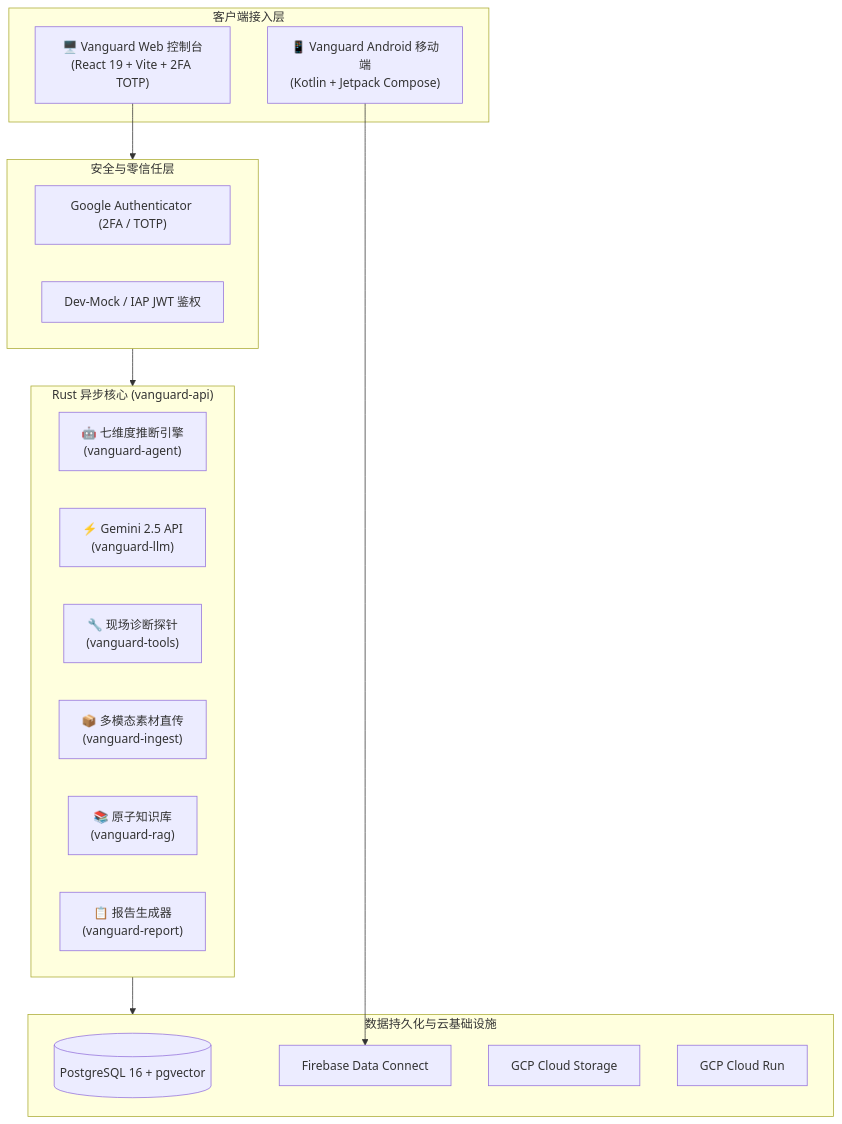
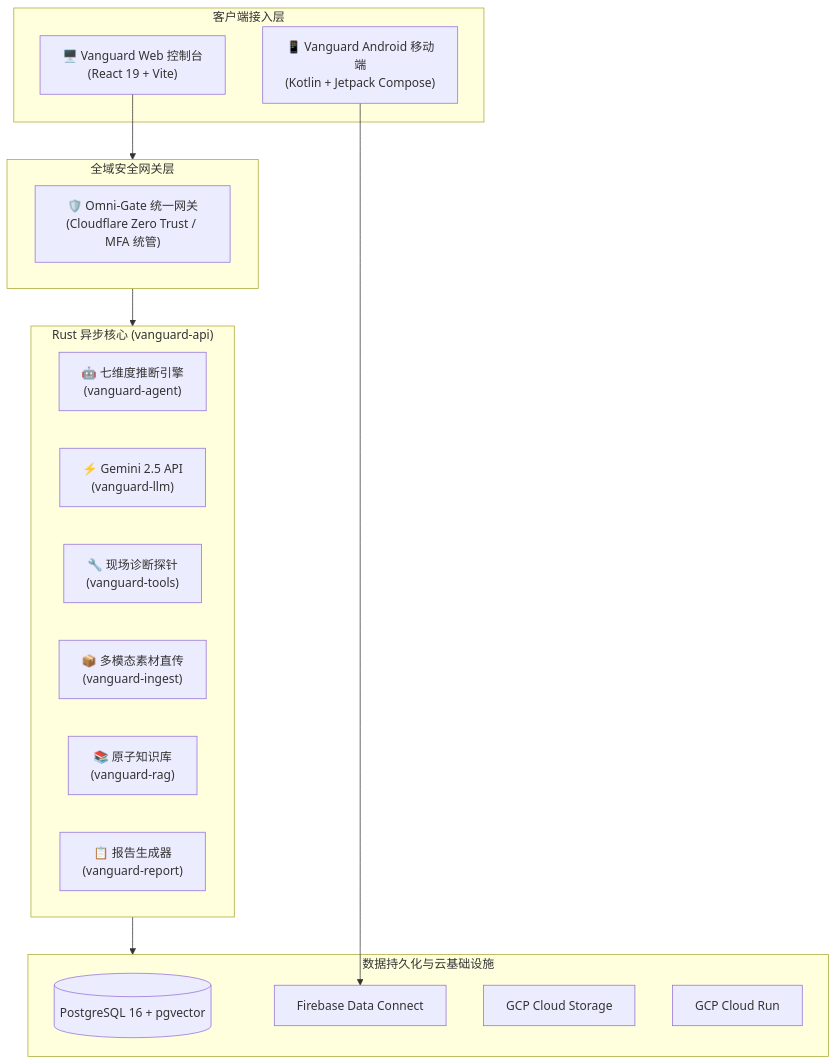
One commit to QQDDTT/Vanguard changed the diagram in README.md. Above: the diagram before and after it, drawn with Mermaid. The commit also changed other lines of this file and 5 other files, not shown here.

````diff
--- a/README.md
+++ b/README.md
@@ -11,33 +11,32 @@
 ```mermaid
 graph TB
     subgraph ClientLayer ["客户端接入层"]
-        Web["🖥️ Vanguard Web 控制台<br>(React 19 + Vite + 2FA TOTP)"]
+        Web["🖥️ Vanguard Web 控制台<br>(React 19 + Vite)"]
         Mobile["📱 Vanguard Android 移动端<br>(Kotlin + Jetpack Compose)"]
     end
 
-    subgraph SecurityLayer ["安全与零信任层"]
-        TOTP["Google Authenticator (2FA / TOTP)"]
-        MockAuth["Dev-Mock / IAP JWT 鉴权"]
+    subgraph SecurityLayer ["全域安全网关层"]
+        OmniGate["🛡️ Omni-Gate 统一网关<br>(Cloudflare Zero Trust / MFA 统管)"]
     end
 
     subgraph BackendLayer ["Rust 异步核心 (vanguard-api)"]
         Agent["🤖 七维度推断引擎<br>(vanguard-agent)"]
         LLM["⚡ Gemini 2.5 API<br>(vanguard-llm)"]
         Tools["🔧 现场诊断探针<br>(vanguard-tools)"]
         Ingest["📦 多模态素材直传<br>(vanguard-ingest)"]
         RAG["📚 原子知识库<br>(vanguard-rag)"]
         Report["📋 报告生成器<br>(vanguard-report)"]
     end
 
     subgraph DataLayer ["数据持久化与云基础设施"]
         Postgres[("PostgreSQL 16 + pgvector")]
         DataConnect["Firebase Data Connect"]
         GCS["GCP Cloud Storage"]
         CloudRun["GCP Cloud Run"]
     end
 
     Web --> SecurityLayer
     Mobile --> DataConnect
     SecurityLayer --> BackendLayer
     BackendLayer --> DataLayer
 ```
````
